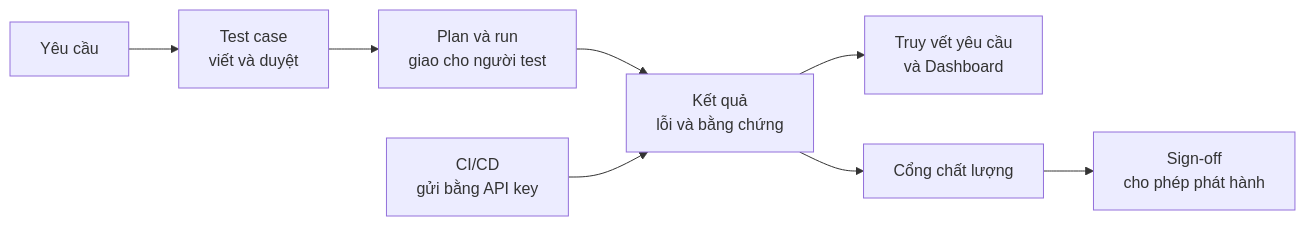
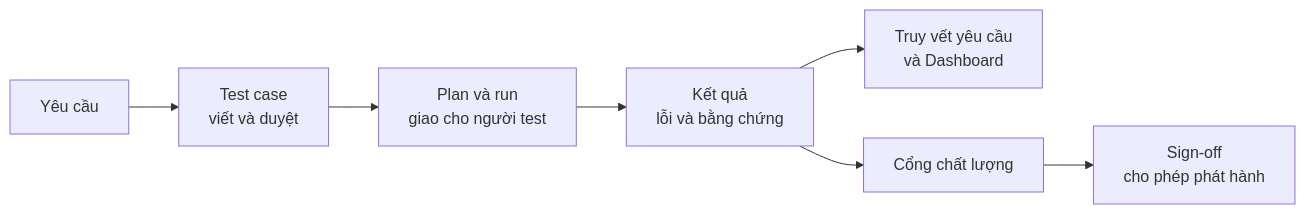
One commit to Huyit2k5/testcase_manager changed the first of 3 diagrams in docs/HUONG_DAN_SU_DUNG.md. Above: the diagram before and after it, drawn with Mermaid. The commit also changed other lines of this file and 24 other files, not shown here.

````diff
--- a/docs/HUONG_DAN_SU_DUNG.md
+++ b/docs/HUONG_DAN_SU_DUNG.md
@@ -41,10 +40,9 @@
 ```mermaid
 flowchart LR
     REQ[Yêu cầu] --> TC[Test case<br/>viết và duyệt]
     TC --> RUN[Plan và run<br/>giao cho người test]
     RUN --> RES[Kết quả<br/>lỗi và bằng chứng]
-    CI[CI/CD<br/>gửi bằng API key] --> RES
     RES --> TRACE[Truy vết yêu cầu<br/>và Dashboard]
     RES --> GATE[Cổng chất lượng]
     GATE --> SIGN[Sign-off<br/>cho phép phát hành]
 ```
````
